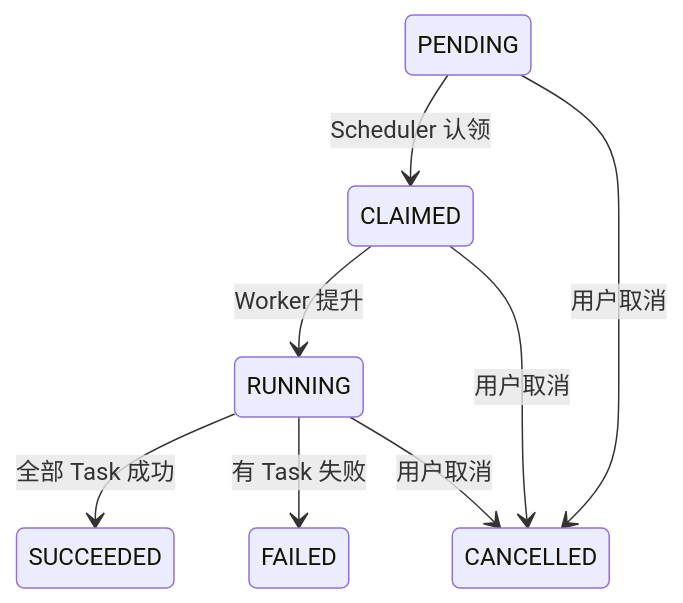
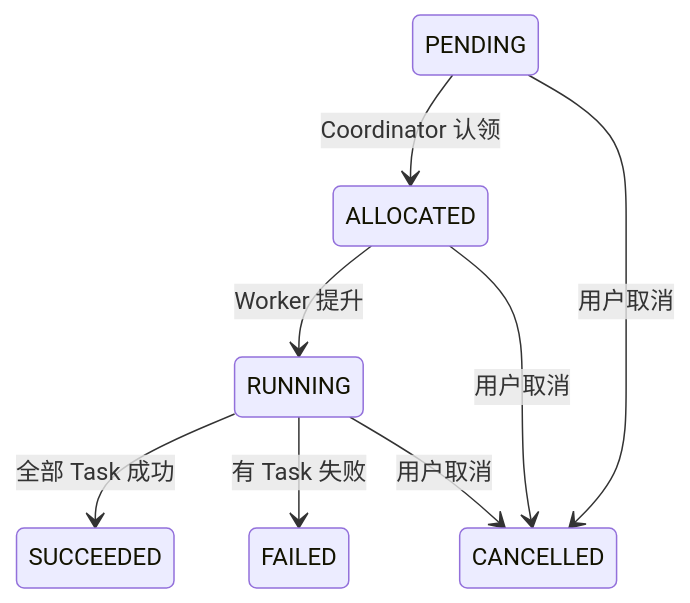
One commit to ravenmk3/fizz changed the first of 2 diagrams in docs/scheduling-rules.md. Above: the diagram before and after it, drawn with Mermaid. The commit also changed other lines of this file and 10 other files, not shown here.

Commit message:
refactor: Scheduler→Coordinator, CLAIMED→ALLOCATED, claim→allocate 重命名

````diff
--- a/docs/scheduling-rules.md
+++ b/docs/scheduling-rules.md
@@ -25,10 +25,10 @@
 ```mermaid
 stateDiagram-v2
-    PENDING --> CLAIMED : Scheduler 认领
-    CLAIMED --> RUNNING : Worker 提升
+    PENDING --> ALLOCATED : Coordinator 认领
+    ALLOCATED --> RUNNING : Worker 提升
     RUNNING --> SUCCEEDED : 全部 Task 成功
     RUNNING --> FAILED : 有 Task 失败
     RUNNING --> CANCELLED : 用户取消
     PENDING --> CANCELLED : 用户取消
-    CLAIMED --> CANCELLED : 用户取消
+    ALLOCATED --> CANCELLED : 用户取消
 ```
````
